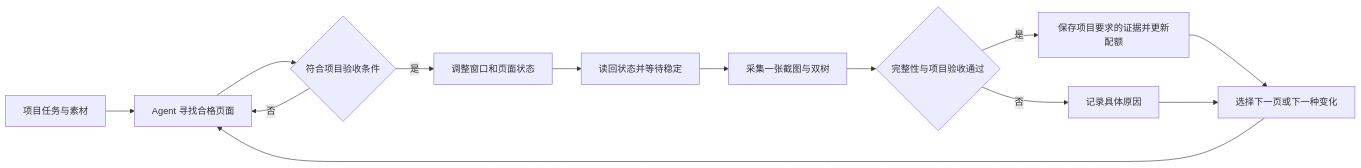
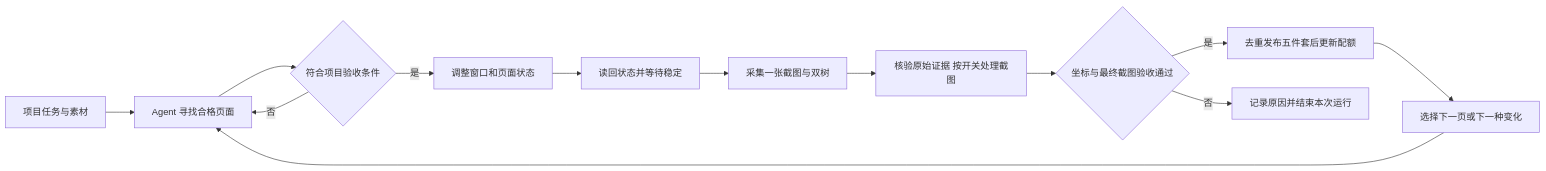
The third of 7 diagrams in docs/design/harmony-gui-agent-collection.md (HoldThatThgt/Har-GUI), drawn with Mermaid before and after one commit. The commit also changed other lines of this file and 62 other files, not shown here.

````diff
--- a/docs/design/harmony-gui-agent-collection.md
+++ b/docs/design/harmony-gui-agent-collection.md
@@ -197,15 +209,15 @@
 ```mermaid
 flowchart LR
     Goal[项目任务与素材] --> Find[Agent 寻找合格页面]
     Find --> Judge{符合项目验收条件}
     Judge -->|否| Find
     Judge -->|是| Change[调整窗口和页面状态]
     Change --> Observe[读回状态并等待稳定]
     Observe --> Capture[采集一张截图与双树]
-    Capture --> Check{完整性与项目验收通过}
-    Check -->|是| Save[保存项目要求的证据并更新配额]
-    Check -->|否| Reason[记录具体原因]
+    Capture --> Prepare[核验原始证据 按开关处理截图]
+    Prepare --> Check{坐标与最终截图验收通过}
+    Check -->|是| Save[去重发布五件套后更新配额]
+    Check -->|否| Reason[记录原因并结束本次运行]
     Save --> Next[选择下一页或下一种变化]
-    Reason --> Next
     Next --> Find
 ```
````
